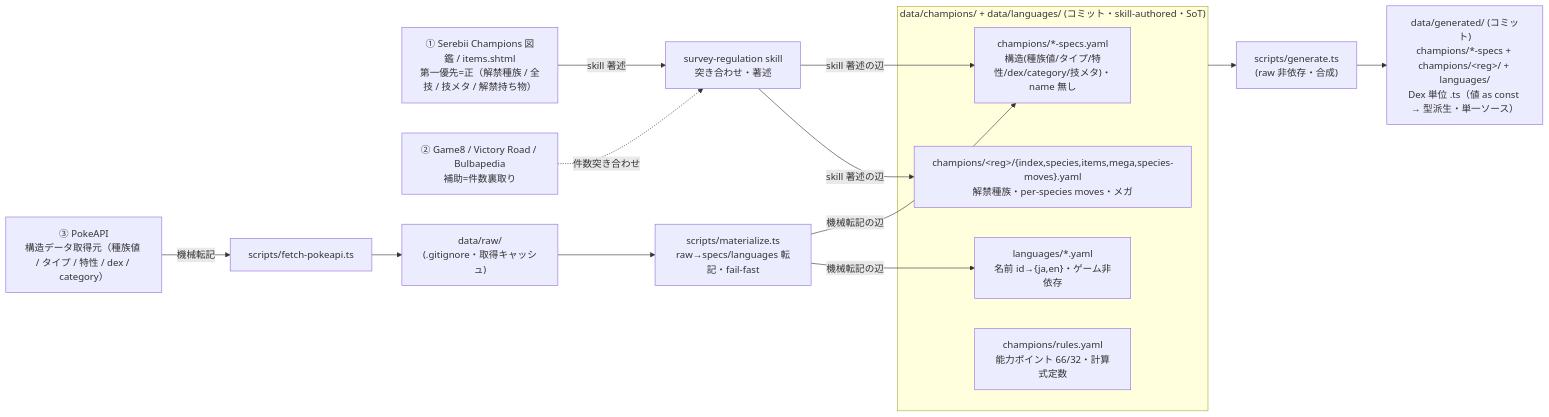
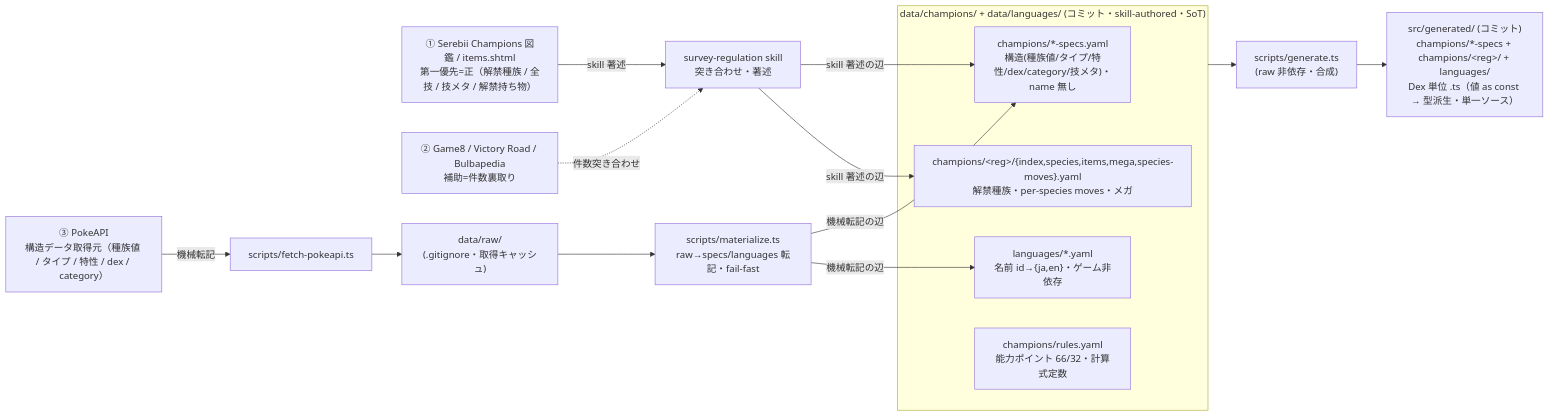
The second of 2 diagrams in docs/plan/01-mvp/architecture.md (subroh0508/pokeform), drawn with Mermaid before and after one commit. The commit also changed other lines of this file and 61 other files, not shown here.

First line of the commit message:
refactor(layout): 生成物を data/generated から src/generated へ移動（plan 04 Phase 4）

````diff
--- a/docs/plan/01-mvp/architecture.md
+++ b/docs/plan/01-mvp/architecture.md
@@ -224,26 +224,26 @@
 ```mermaid
 flowchart LR
     SB["① Serebii Champions 図鑑 / items.shtml<br/>第一優先=正（解禁種族 / 全技 / 技メタ / 解禁持ち物）"]
     AUX["② Game8 / Victory Road / Bulbapedia<br/>補助=件数裏取り"]
     API["③ PokeAPI<br/>構造データ取得元（種族値 / タイプ / 特性 / dex / category）"]
 
     SB -->|skill 著述| SR["survey-regulation skill<br/>突き合わせ・著述"]
     AUX -.->|件数突き合わせ| SR
     API -->|機械転記| F["scripts/fetch-pokeapi.ts"]
     F --> RAW["data/raw/<br/>(.gitignore・取得キャッシュ)"]
     RAW --> M["scripts/materialize.ts<br/>raw→specs/languages 転記・fail-fast"]
 
     subgraph CH["data/champions/ + data/languages/ (コミット・skill-authored・SoT)"]
         SPECS["champions/*-specs.yaml<br/>構造(種族値/タイプ/特性/dex/category/技メタ)・name 無し"]
         LANG["languages/*.yaml<br/>名前 id→{ja,en}・ゲーム非依存"]
         REG["champions/&lt;reg&gt;/{index,species,items,mega,species-moves}.yaml<br/>解禁種族・per-species moves・メガ"]
         R["champions/rules.yaml<br/>能力ポイント 66/32・計算式定数"]
     end
 
     SR -->|skill 著述の辺| SPECS
     SR -->|skill 著述の辺| REG
     M -->|機械転記の辺| SPECS
     M -->|機械転記の辺| LANG
     CH --> GEN["scripts/generate.ts<br/>(raw 非依存・合成)"]
-    GEN --> OUT["data/generated/ (コミット)<br/>champions/*-specs + champions/&lt;reg&gt;/ + languages/<br/>Dex 単位 .ts（値 as const → 型派生・単一ソース）"]
+    GEN --> OUT["src/generated/ (コミット)<br/>champions/*-specs + champions/&lt;reg&gt;/ + languages/<br/>Dex 単位 .ts（値 as const → 型派生・単一ソース）"]
 ```
````
